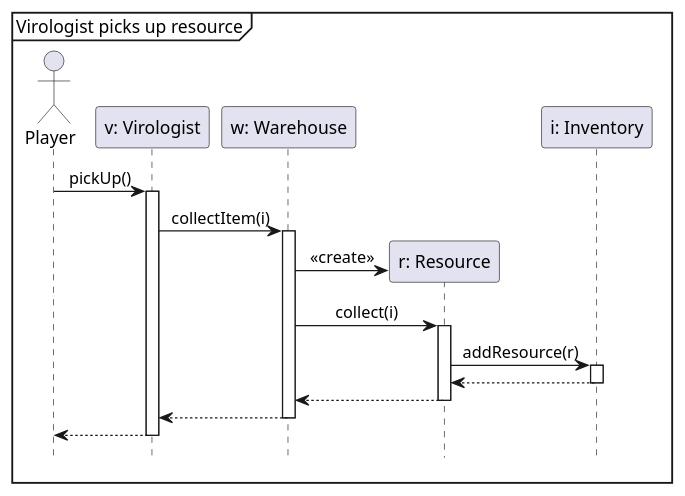
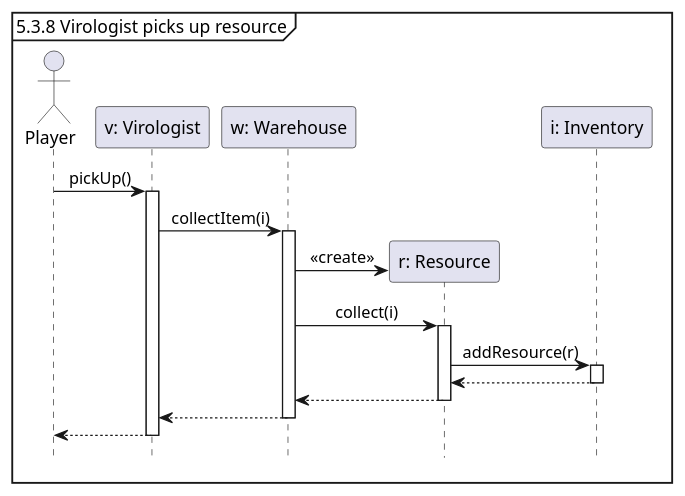
Before and after one commit to Tschonti/503-service-unavailable: the diagram in docs/testCases/sequences/pickUpResource.puml, drawn with PlantUML. The commit also changed 3 other files, not shown here.

Commit message:
Numbered sequence diagrams

```diff
--- a/docs/testCases/sequences/pickUpResource.puml
+++ b/docs/testCases/sequences/pickUpResource.puml
@@ -1,25 +1,25 @@
 @startuml
 'https://plantuml.com/sequence-diagram
 
 hide footbox
 skinparam sequenceMessageAlign center
 
-mainframe Virologist picks up resource
+mainframe 5.3.8 Virologist picks up resource
 
 actor Player as p
 participant "v: Virologist" as v
 participant "w: Warehouse" as w
 participant "r: Resource" as r
 participant "i: Inventory" as i
 
 p -> v ++ : pickUp()
     v -> w ++ : collectItem(i)
         w -> r ** : <<create>>
         w -> r ++ : collect(i)
             r -> i ++ : addResource(r)
             return
         return
     return
 return
 
 @enduml
```
